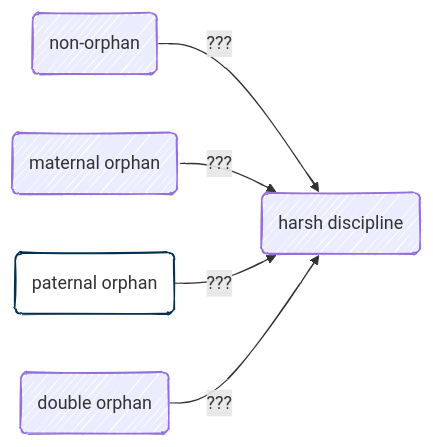
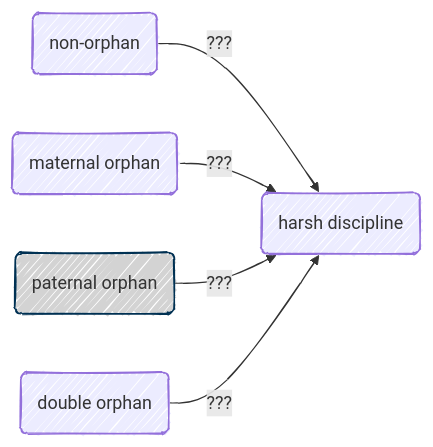
One commit to agrogan1/closeread changed the diagram in orphan/diagrams.md. Above: the diagram before and after it, drawn with Mermaid.

````diff
--- a/orphan/diagrams.md
+++ b/orphan/diagrams.md
@@ -1,13 +1,13 @@
 ```mermaid
 ---
 config:
   look: handDrawn
   theme: default
 ---
 flowchart LR
   nonorphan(non-orphan) --> |"???"| harshdiscipline(harsh discipline)
   maternalorphan(maternal orphan) --> |"???"| harshdiscipline(harsh discipline)
   paternalorphan(paternal orphan) --> |"???"| harshdiscipline(harsh discipline)
   doubleorphan(double orphan) --> |"???"| harshdiscipline(harsh discipline)
-  style paternalorphan stroke:#003153,fill:##D3D3D3
+  style paternalorphan stroke:#003153,fill:#D3D3D3
 ```
````
